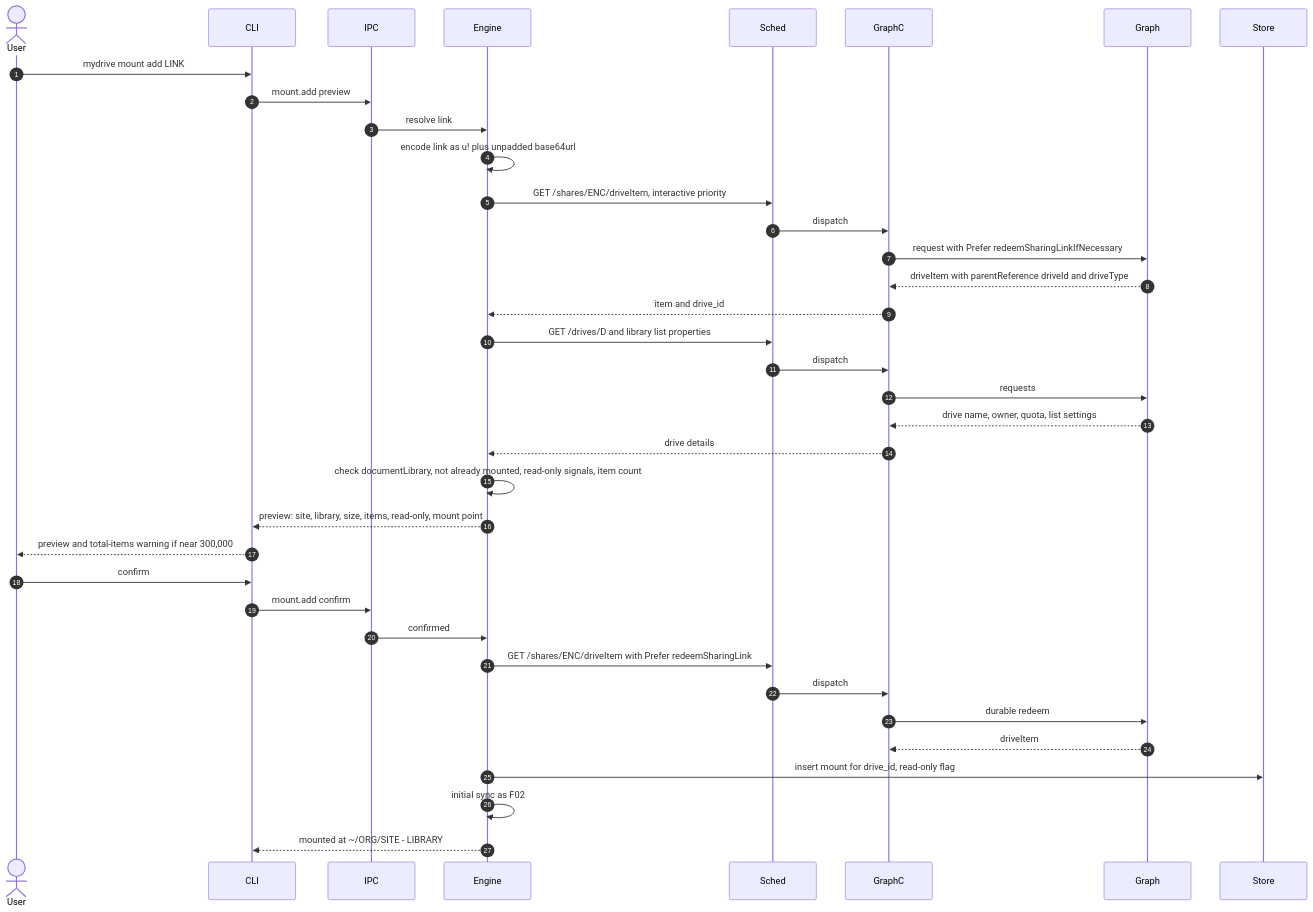
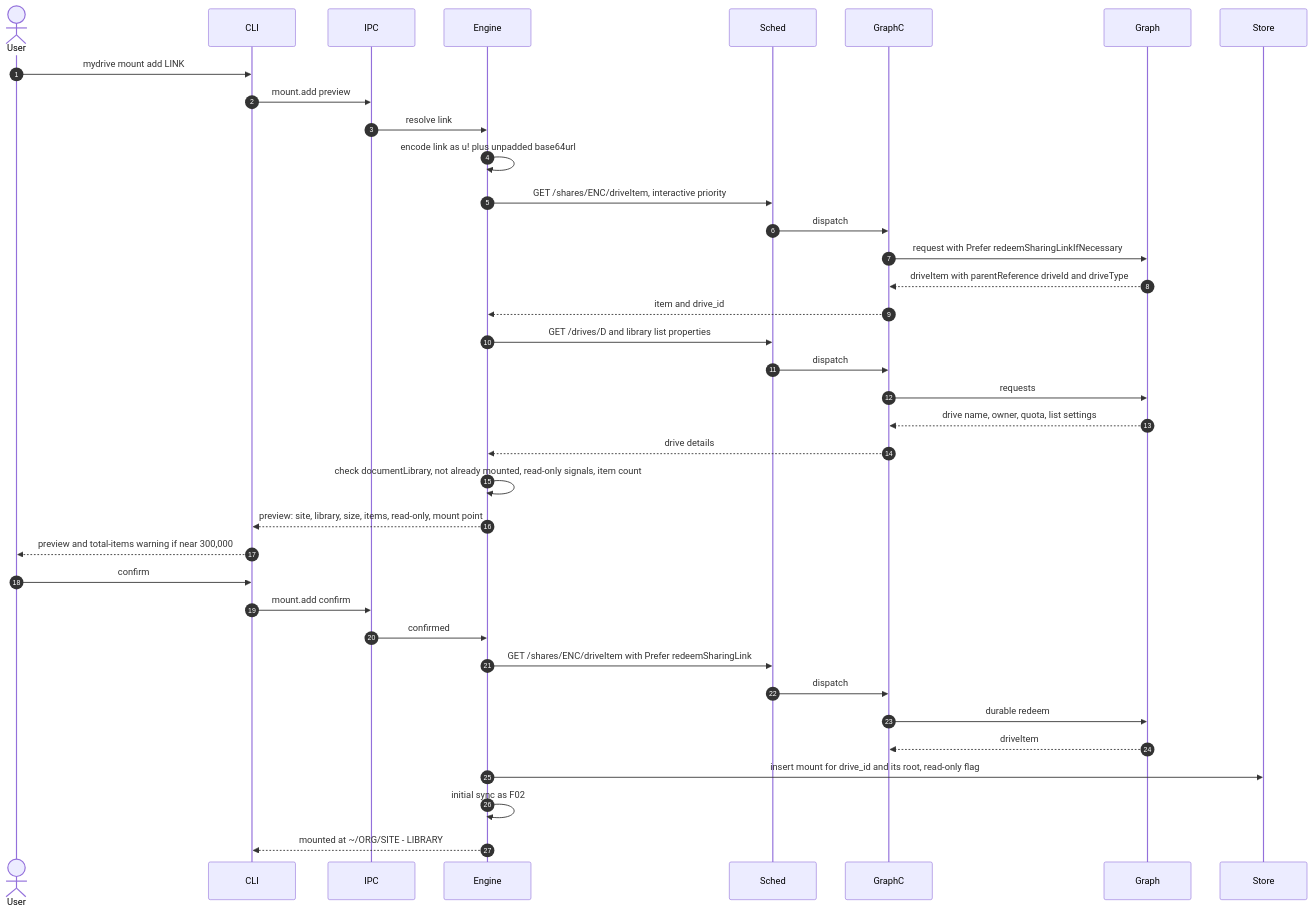
Before and after one commit to paulpitchford/my-drive: the first of 2 diagrams in docs/flows/F09-add-sharepoint-library.md, drawn with Mermaid. The commit also changed other lines of this file and 19 other files, not shown here.

First line of the commit message:
docs(flows): amend flows and journeys for the M1 decisions

````diff
--- a/docs/flows/F09-add-sharepoint-library.md
+++ b/docs/flows/F09-add-sharepoint-library.md
@@ -14,40 +14,40 @@
 ```mermaid
 sequenceDiagram
     autonumber
     actor User
     participant CLI
     participant IPC
     participant Engine
     participant Sched
     participant GraphC
     participant Graph
     participant Store
 
     User->>CLI: mydrive mount add LINK
     CLI->>IPC: mount.add preview
     IPC->>Engine: resolve link
     Engine->>Engine: encode link as u! plus unpadded base64url
     Engine->>Sched: GET /shares/ENC/driveItem, interactive priority
     Sched->>GraphC: dispatch
     GraphC->>Graph: request with Prefer redeemSharingLinkIfNecessary
     Graph-->>GraphC: driveItem with parentReference driveId and driveType
     GraphC-->>Engine: item and drive_id
     Engine->>Sched: GET /drives/D and library list properties
     Sched->>GraphC: dispatch
     GraphC->>Graph: requests
     Graph-->>GraphC: drive name, owner, quota, list settings
     GraphC-->>Engine: drive details
     Engine->>Engine: check documentLibrary, not already mounted, read-only signals, item count
     Engine-->>CLI: preview: site, library, size, items, read-only, mount point
     CLI-->>User: preview and total-items warning if near 300,000
     User->>CLI: confirm
     CLI->>IPC: mount.add confirm
     IPC->>Engine: confirmed
     Engine->>Sched: GET /shares/ENC/driveItem with Prefer redeemSharingLink
     Sched->>GraphC: dispatch
     GraphC->>Graph: durable redeem
     Graph-->>GraphC: driveItem
-    Engine->>Store: insert mount for drive_id, read-only flag
+    Engine->>Store: insert mount for drive_id and its root, read-only flag
     Engine->>Engine: initial sync as F02
     Engine-->>CLI: mounted at ~/ORG/SITE - LIBRARY
 ```
````
